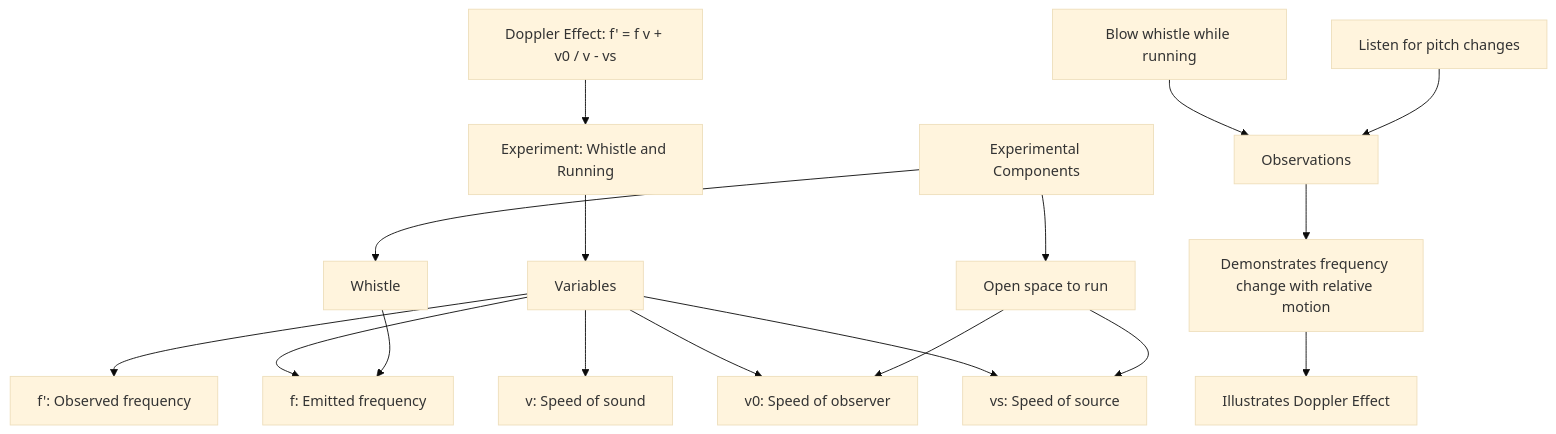
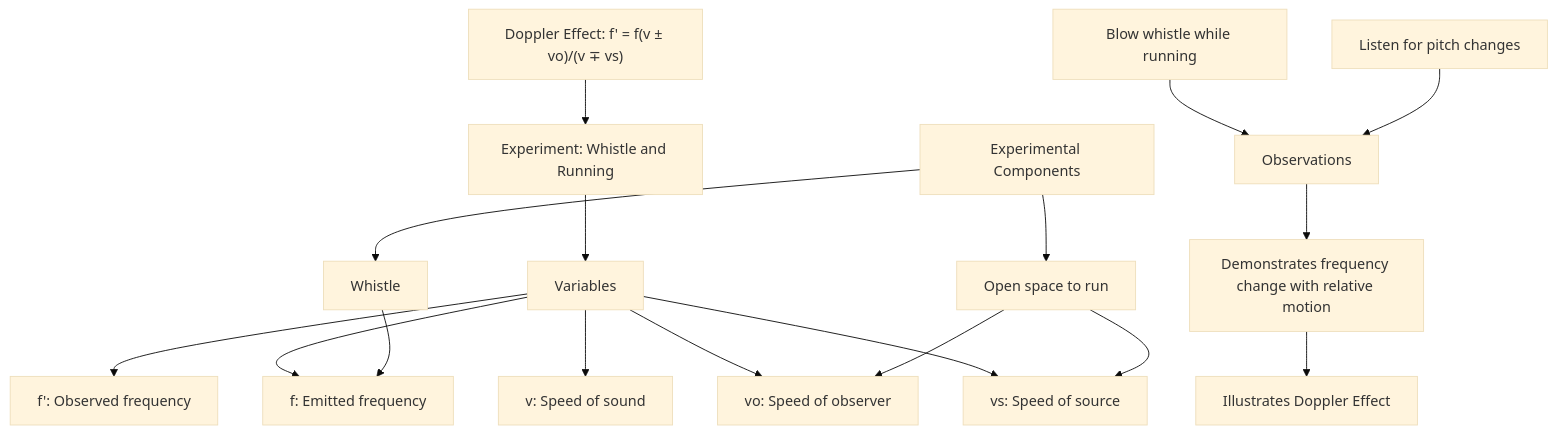
Diagram 22 of 35 in README.md (Josh-XT/math), drawn with Mermaid (base theme) before and after one commit. The commit also changed other lines of this file, not shown here.

````diff
--- a/README.md
+++ b/README.md
@@ -1806,24 +1813,24 @@
 ```mermaid
 graph TD
-    A["Doppler Effect: f' = f v + v0 / v - vs"] --> B["Experiment: Whistle and Running"]
+    A["Doppler Effect: f' = f(v ± vo)/(v ∓ vs)"] --> B["Experiment: Whistle and Running"]
     B --> C["Variables"]
     C --> D["f': Observed frequency"]
     C --> E["f: Emitted frequency"]
     C --> F["v: Speed of sound"]
-    C --> G["v0: Speed of observer"]
+    C --> G["vo: Speed of observer"]
     C --> H["vs: Speed of source"]
     
     I["Experimental Components"] --> J["Whistle"]
     I --> K["Open space to run"]
     
     J --> E
     K --> G
     K --> H
     
     L["Observations"]
     M["Blow whistle while running"] --> L
     N["Listen for pitch changes"] --> L
     
     L --> O["Demonstrates frequency change with relative motion"]
     O --> P["Illustrates Doppler Effect"]
 ```
````
